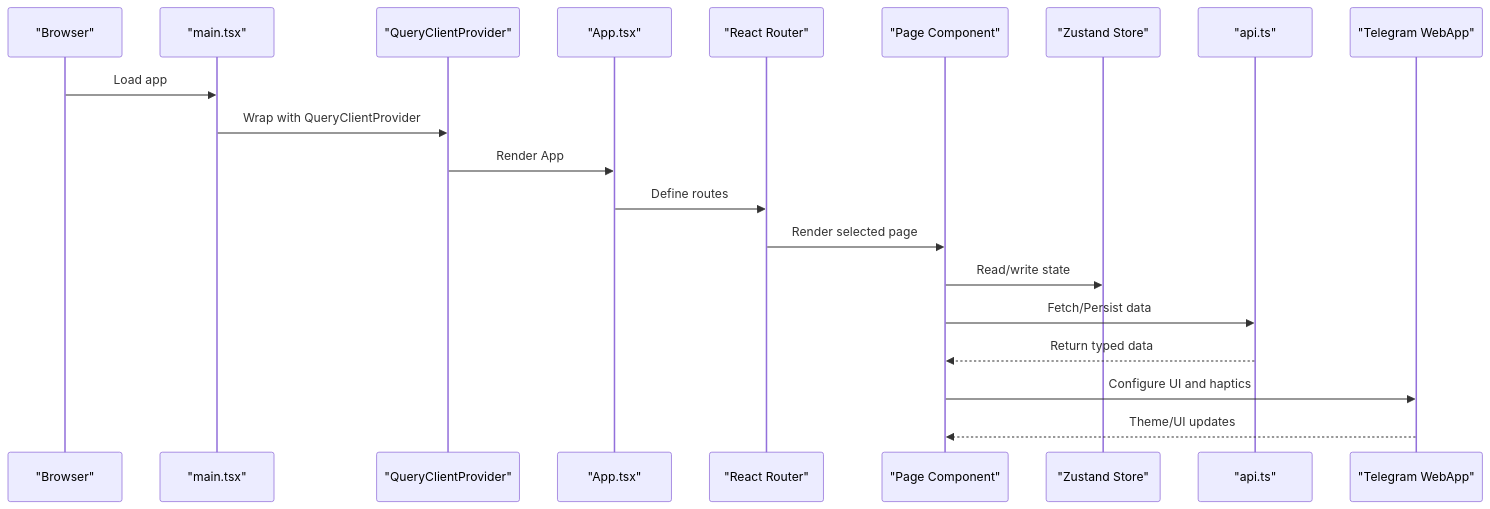
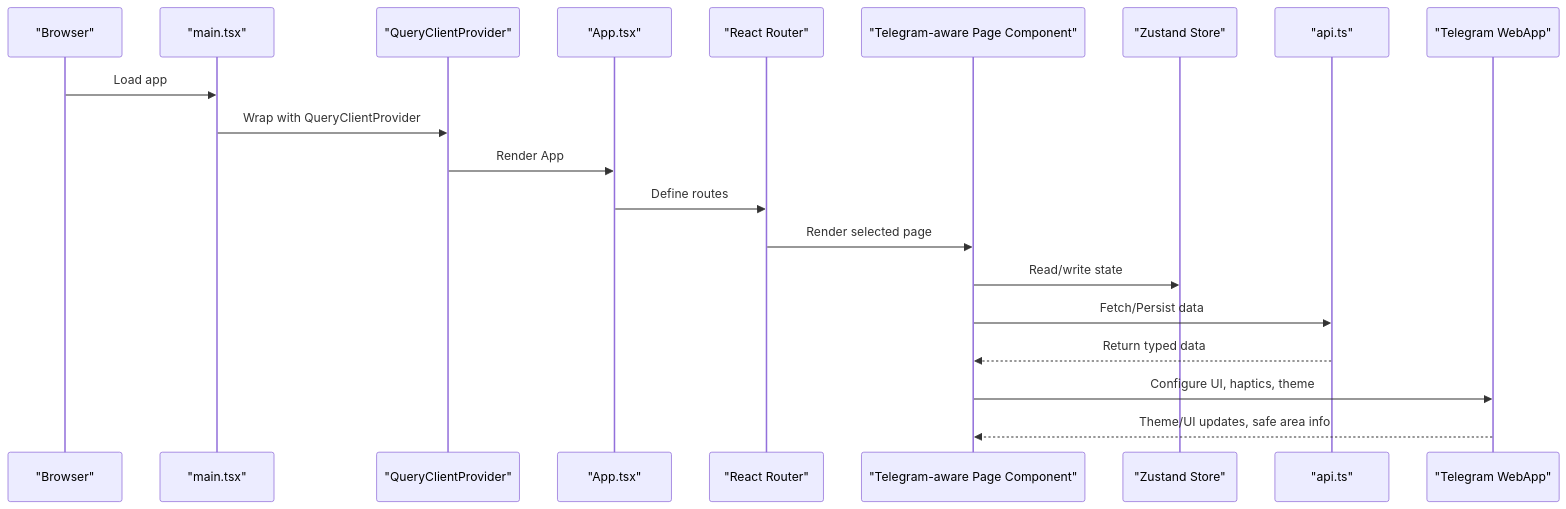
One commit to nilsnavi/fit_trackerpro changed the second of 9 diagrams in .qoder/repowiki/en/content/Frontend Component Architecture/Frontend Component Architecture.md. Above: the diagram before and after it, drawn with Mermaid. The commit also changed other lines of this file and 26 other files, not shown here.

````diff
--- a/.qoder/repowiki/en/content/Frontend Component Architecture/Frontend Component Architecture.md
+++ b/.qoder/repowiki/en/content/Frontend Component Architecture/Frontend Component Architecture.md
@@ -160,22 +192,22 @@
 ```mermaid
 sequenceDiagram
 participant Browser as "Browser"
 participant Main as "main.tsx"
 participant Provider as "QueryClientProvider"
 participant App as "App.tsx"
 participant Router as "React Router"
-participant Page as "Page Component"
+participant Page as "Telegram-aware Page Component"
 participant Store as "Zustand Store"
 participant API as "api.ts"
 participant Telegram as "Telegram WebApp"
 Browser->>Main : Load app
 Main->>Provider : Wrap with QueryClientProvider
 Provider->>App : Render App
 App->>Router : Define routes
 Router->>Page : Render selected page
 Page->>Store : Read/write state
 Page->>API : Fetch/Persist data
 API-->>Page : Return typed data
-Page->>Telegram : Configure UI and haptics
-Telegram-->>Page : Theme/UI updates
+Page->>Telegram : Configure UI, haptics, theme
+Telegram-->>Page : Theme/UI updates, safe area info
 ```
````
